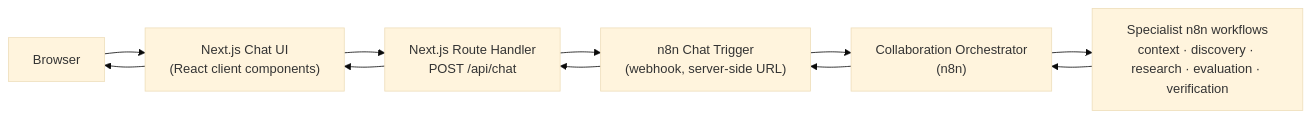
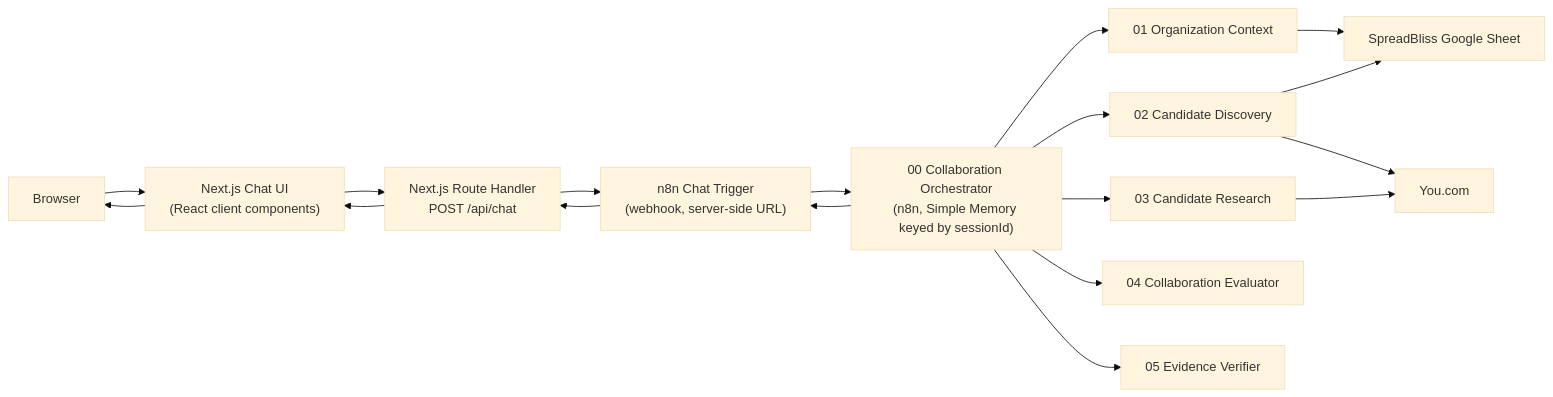
Before and after one commit to mohitmchhaya-personal/POC-Collaboration-Guide: the diagram in README.md, drawn with Mermaid (base theme). The commit also changed other lines of this file and 3 other files, not shown here.

Commit message:
docs: detail the n8n workflow architecture in README, architecture doc, and diagram

````diff
--- a/README.md
+++ b/README.md
@@ -33,13 +36,20 @@
 ```mermaid
 flowchart LR
     Browser["Browser"] --> UI["Next.js Chat UI<br/>(React client components)"]
     UI --> API["Next.js Route Handler<br/>POST /api/chat"]
     API --> Trigger["n8n Chat Trigger<br/>(webhook, server-side URL)"]
-    Trigger --> Orchestrator["Collaboration Orchestrator<br/>(n8n)"]
-    Orchestrator --> Specialists["Specialist n8n workflows<br/>context · discovery · research · evaluation · verification"]
-    Specialists --> Orchestrator
+    Trigger --> Orchestrator["00 Collaboration Orchestrator<br/>(n8n, Simple Memory keyed by sessionId)"]
+    Orchestrator --> Context["01 Organization Context"]
+    Orchestrator --> Discovery["02 Candidate Discovery"]
+    Orchestrator --> Research["03 Candidate Research"]
+    Orchestrator --> Evaluator["04 Collaboration Evaluator"]
+    Orchestrator --> Verifier["05 Evidence Verifier"]
+    Context --> Sheet["SpreadBliss Google Sheet"]
+    Discovery --> Sheet
+    Discovery --> You["You.com"]
+    Research --> You
     Orchestrator --> Trigger
     Trigger --> API
     API --> UI
     UI --> Browser
 ```
````
